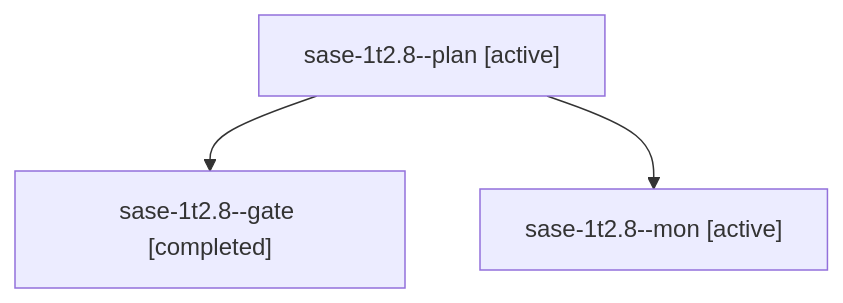
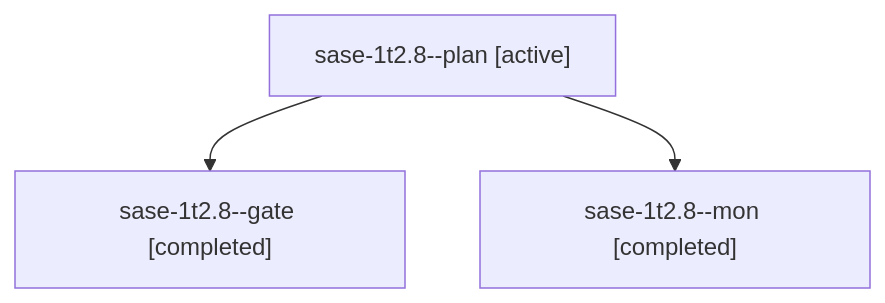
One commit to sase-org/sase--agents changed the diagram in sessions/bbugyi200.athena.sase-1t2.8.md. Above: the diagram before and after it, drawn with Mermaid. The commit also changed other lines of this file and 88 other files, not shown here.

````diff
--- a/sessions/bbugyi200.athena.sase-1t2.8.md
+++ b/sessions/bbugyi200.athena.sase-1t2.8.md
@@ -9,8 +9,8 @@
 ```mermaid
 flowchart TD
   n0["sase-1t2.8--plan [active]"]
   n1["sase-1t2.8--gate [completed]"]
   n0 --> n1
-  n2["sase-1t2.8--mon [active]"]
+  n2["sase-1t2.8--mon [completed]"]
   n0 --> n2
 ```
````
